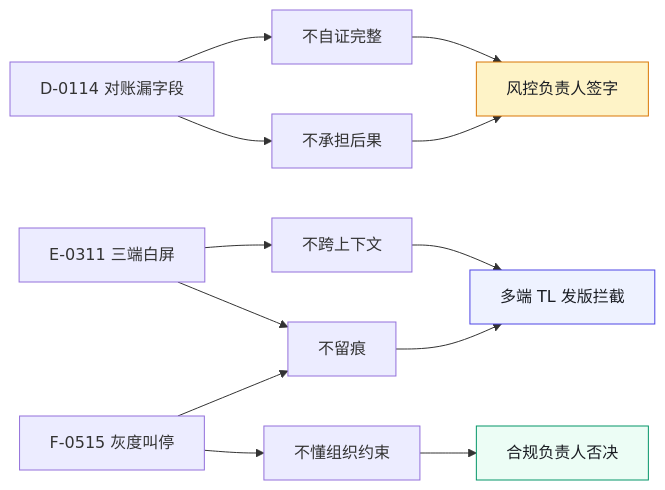
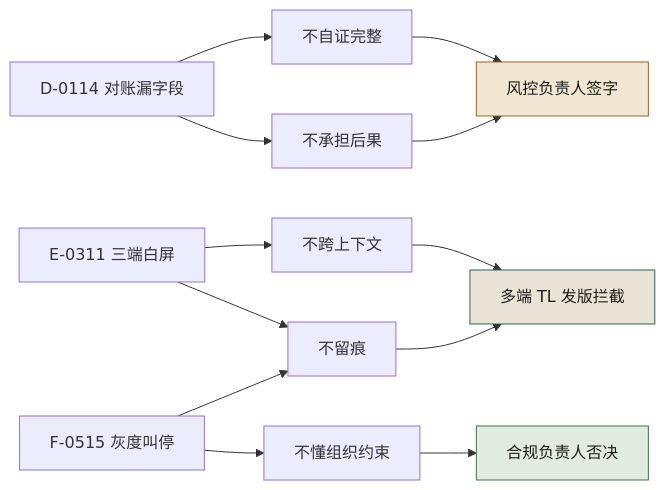
The second of 3 diagrams in docs/manuscript/ch34-案例一-300人电商平台.md (funny8kids/AI_Native_Software_Engineering), drawn with Mermaid before and after one commit. The commit also changed other lines of this file and 81 other files, not shown here.

````diff
--- a/docs/manuscript/ch34-案例一-300人电商平台.md
+++ b/docs/manuscript/ch34-案例一-300人电商平台.md
@@ -168,17 +168,17 @@
 ```mermaid
 flowchart LR
   D[D-0114 对账漏字段] --> M1[不自证完整]
   D --> M2[不承担后果]
   E[E-0311 三端白屏] --> M3[不跨上下文]
   E --> M4[不留痕]
   F[F-0515 灰度叫停] --> M5[不懂组织约束]
   F --> M4
   M1 --> R1[风控负责人签字]
   M2 --> R1
   M3 --> R2[多端 TL 发版拦截]
   M4 --> R2
   M5 --> R3[合规负责人否决]
-  style R1 fill:#fef3c7,stroke:#d97706,color:#1a1d23
-  style R2 fill:#eef2ff,stroke:#4f46e5,color:#1a1d23
-  style R3 fill:#ecfdf5,stroke:#059669,color:#1a1d23
+  style R1 fill:#f2e7d3,stroke:#9d6127,color:#1e1c19
+  style R2 fill:#eae4d6,stroke:#2f6154,color:#1e1c19
+  style R3 fill:#e2ebdf,stroke:#3e7247,color:#1e1c19
 ```
````
